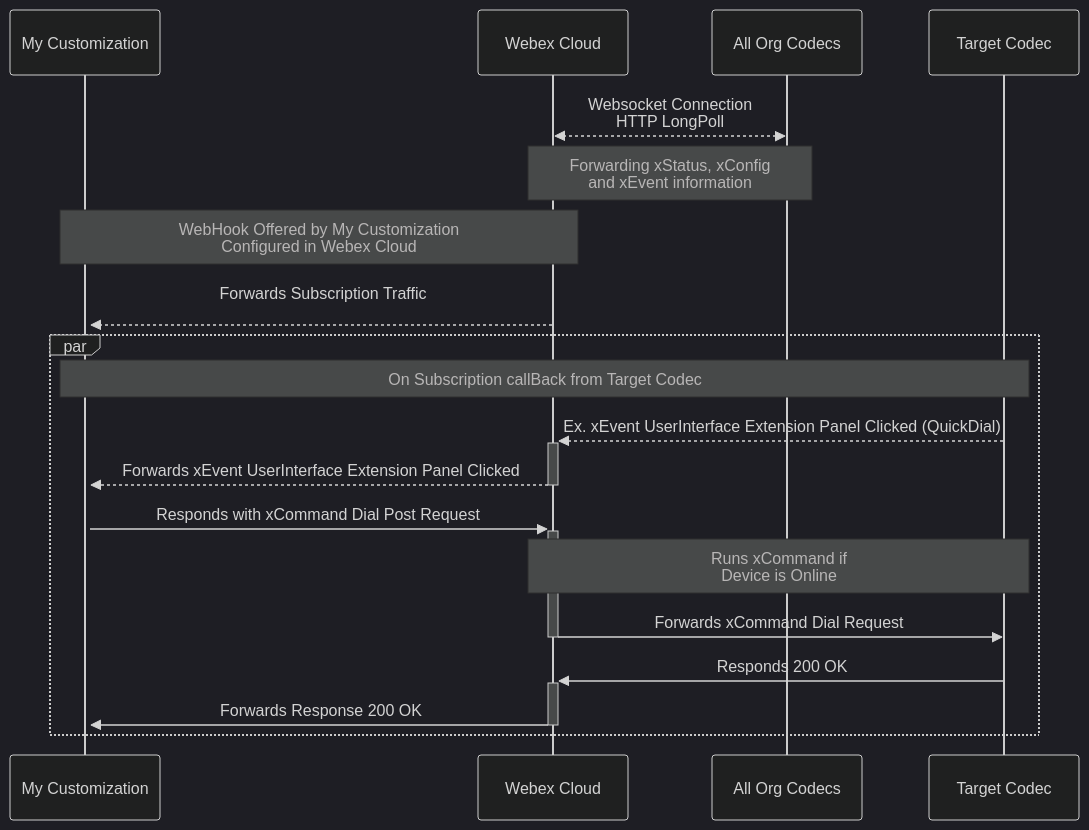
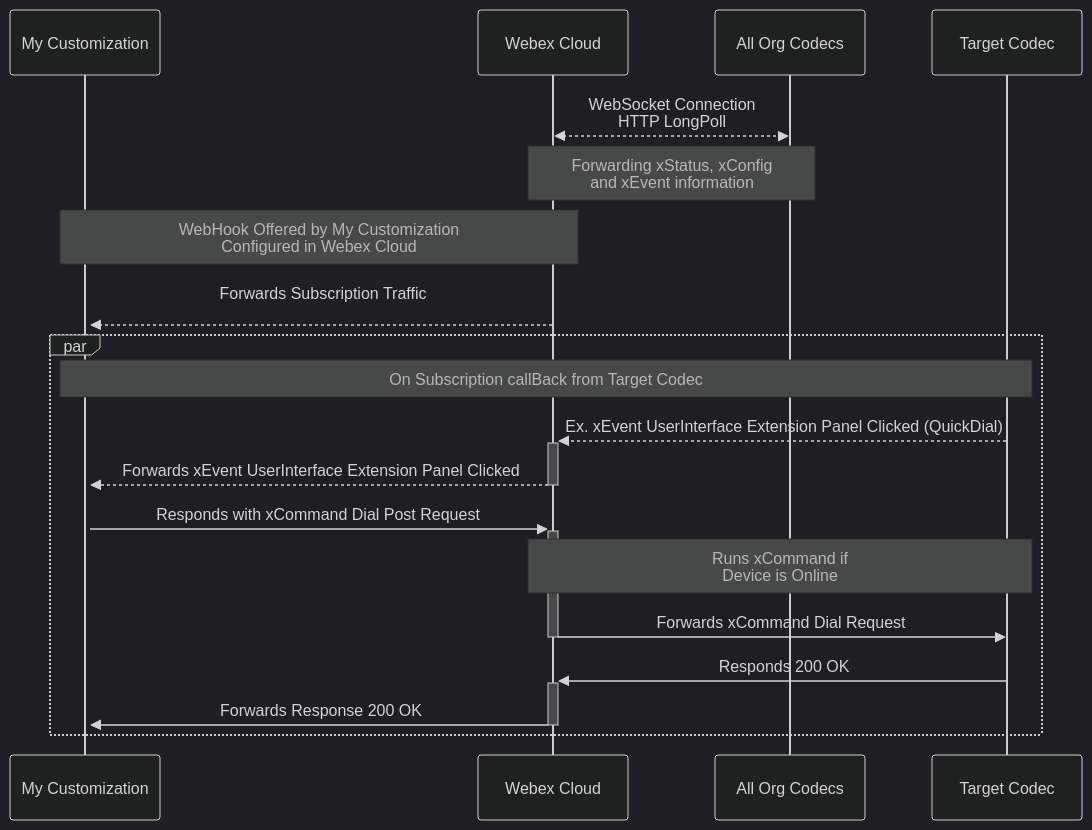
One commit to WebexCC-SA/LAB-1451 changed the ninth of 9 diagrams in docs/wx1_1451_part_2.md. Above: the diagram before and after it, drawn with Mermaid. The commit also changed other lines of this file and 2 other files, not shown here.

````diff
--- a/docs/wx1_1451_part_2.md
+++ b/docs/wx1_1451_part_2.md
@@ -4740,22 +4740,22 @@
                 ``` mermaid
                 %%{init: {'theme':'dark'}}%%
                 sequenceDiagram
                   participant My Customization
                   participant Webex Cloud
                   participant All Org Codecs
                   participant Target Codec
-                  Webex Cloud<<-->>All Org Codecs: Websocket Connection<br>HTTP LongPoll
+                  Webex Cloud<<-->>All Org Codecs: WebSocket Connection<br>HTTP LongPoll
                   Note over Webex Cloud,All Org Codecs: Forwarding xStatus, xConfig<br> and xEvent information
                   Note over My Customization, Webex Cloud: WebHook Offered by My Customization<br>Configured in Webex Cloud
                   Webex Cloud -->>+ My Customization: Forwards Subscription Traffic<br>
                   par
                   Note over My Customization, Target Codec: On Subscription callBack from Target Codec
                   Target Codec -->>+ Webex Cloud: Ex. xEvent UserInterface Extension Panel Clicked (QuickDial)
                   Webex Cloud -->>- My Customization: Forwards xEvent UserInterface Extension Panel Clicked
                   My Customization->>+Webex Cloud: Responds with xCommand Dial Post Request
                   Note over Webex Cloud,Target Codec: Runs xCommand if<br>Device is Online
                   Webex Cloud->>-Target Codec: Forwards xCommand Dial Request
                   Target Codec->>+Webex Cloud: Responds 200 OK
                   Webex Cloud->>- My Customization: Forwards Response 200 OK
                   end
                 ```
````
